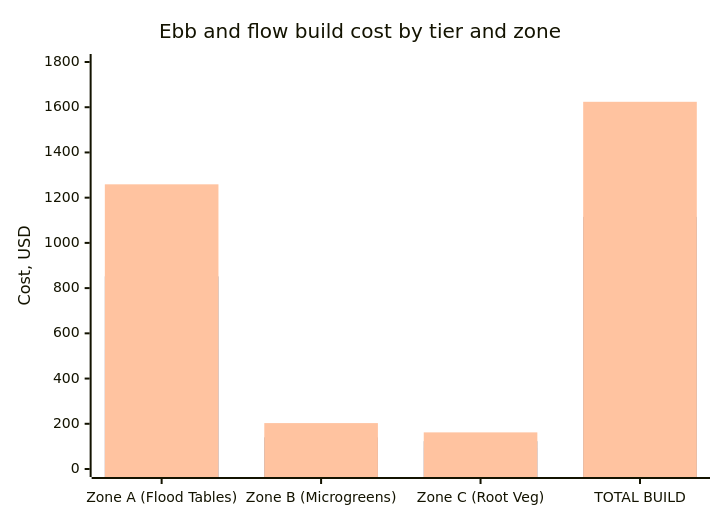
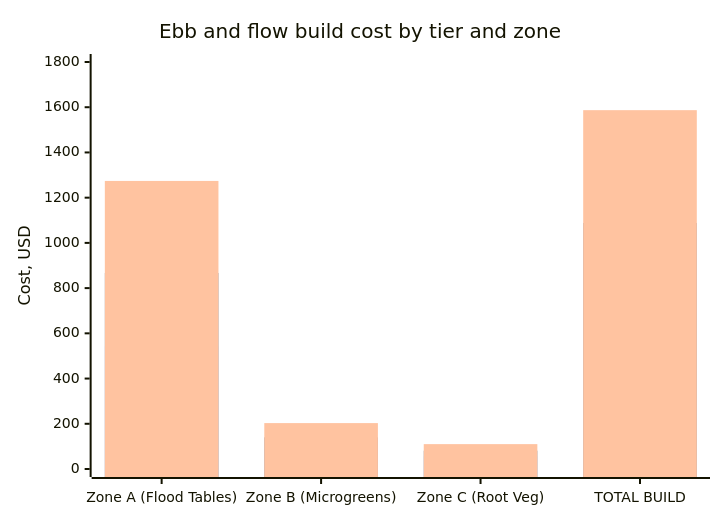
The third of 3 diagrams in guide/ebb-and-flow/12-budget-and-sourcing.md (UncleJS/guide_hydroponics), drawn with Mermaid before and after one commit. The commit also changed other lines of this file and 20 other files, not shown here.

````diff
--- a/guide/ebb-and-flow/12-budget-and-sourcing.md
+++ b/guide/ebb-and-flow/12-budget-and-sourcing.md
@@ -858,9 +857,9 @@
 ```mermaid
 xychart-beta
     title "Ebb and flow build cost by tier and zone"
     x-axis ["Zone A (Flood Tables)", "Zone B (Microgreens)", "Zone C (Root Veg)", "TOTAL BUILD"]
     y-axis "Cost, USD" 0 --> 1800
-    bar [528, 89, 94, 711]
-    bar [852, 140, 123, 1115]
-    bar [1259, 203, 162, 1624]
+    bar [543, 89, 57, 689]
+    bar [867, 140, 81, 1088]
+    bar [1274, 203, 110, 1587]
 ```
````
